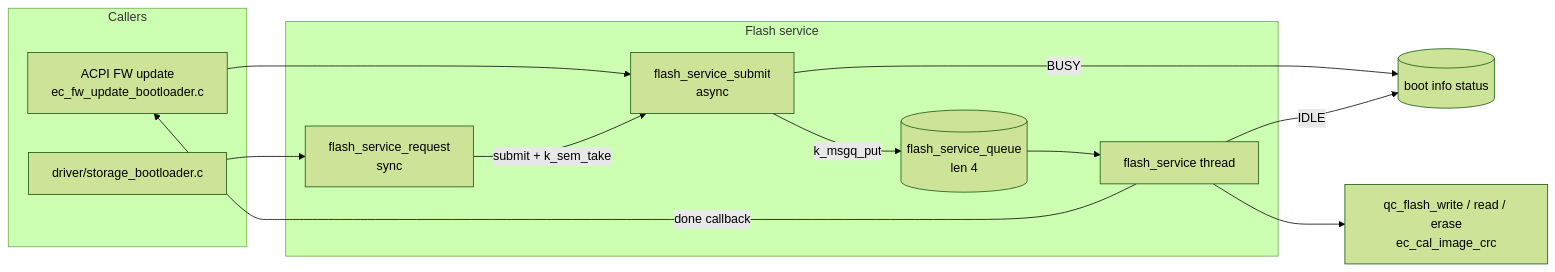
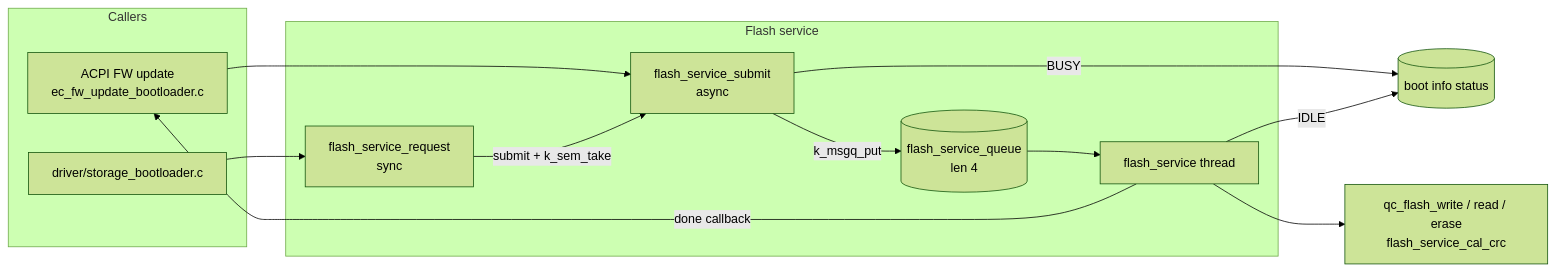
The diagram in service/flash/readme_en.md (MCHP-Andy/ec_qualcomm), drawn with Mermaid (forest theme) before and after one commit. The commit also changed 4 other files, not shown here.

First line of the commit message:
refactor(flash): move image crc calculation into flash service

````diff
--- a/service/flash/readme_en.md
+++ b/service/flash/readme_en.md
@@ -15,27 +15,27 @@
 ```mermaid
 graph LR
     subgraph "Callers"
         FW[ACPI FW update<br/>ec_fw_update_bootloader.c]
         STO[driver/storage_bootloader.c]
     end
 
     subgraph "Flash service"
         SUB[flash_service_submit<br/>async]
         REQ[flash_service_request<br/>sync]
         Q[(flash_service_queue<br/>len 4)]
         THR[flash_service thread]
     end
 
-    DRV[qc_flash_write / read / erase<br/>ec_cal_image_crc]
+    DRV[qc_flash_write / read / erase<br/>flash_service_cal_crc]
     INFO[(boot info status)]
 
     FW --> SUB
     STO --> REQ
     REQ -->|submit + k_sem_take| SUB
     SUB -->|BUSY| INFO
     SUB -->|k_msgq_put| Q
     Q --> THR
     THR --> DRV
     THR -->|done callback| FW
     THR -->|IDLE| INFO
 ```
````
